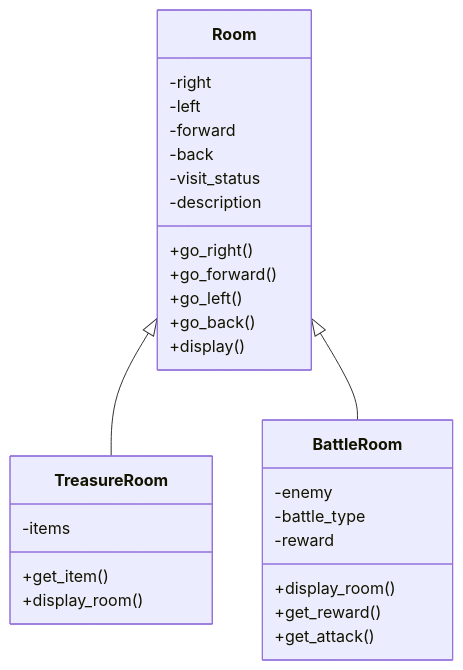
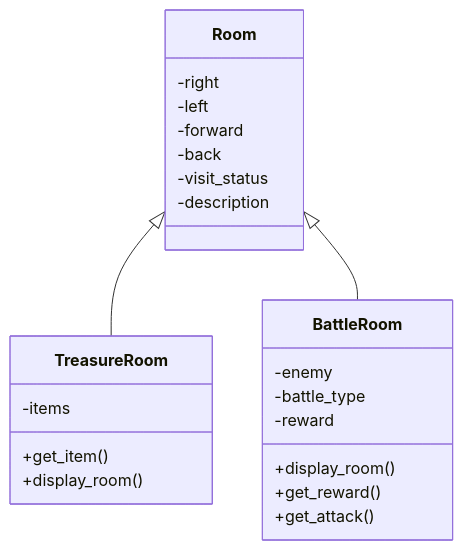
The first of 4 diagrams in README.md (edward-yee-ny/j1-summary-project-private-), drawn with Mermaid before and after one commit. The commit also changed other lines of this file, not shown here.

````diff
--- a/README.md
+++ b/README.md
@@ -60,26 +60,21 @@
 ```mermaid
 classDiagram
     Room <|-- TreasureRoom
     Room <|-- BattleRoom
     Room : -right
     Room : -left
     Room : -forward
     Room : -back
     Room : -visit_status
     Room : -description
-    Room : +go_right()
-    Room : +go_forward()
-    Room : +go_left()
-    Room : +go_back()
-    Room : +display()
     TreasureRoom : -items
     TreasureRoom : +get_item()
     TreasureRoom : +display_room()
     BattleRoom : -enemy
     BattleRoom : -battle_type
     BattleRoom : -reward
     BattleRoom : +display_room()
     BattleRoom : +get_reward()
     BattleRoom : +get_attack()
     
 ```
````
